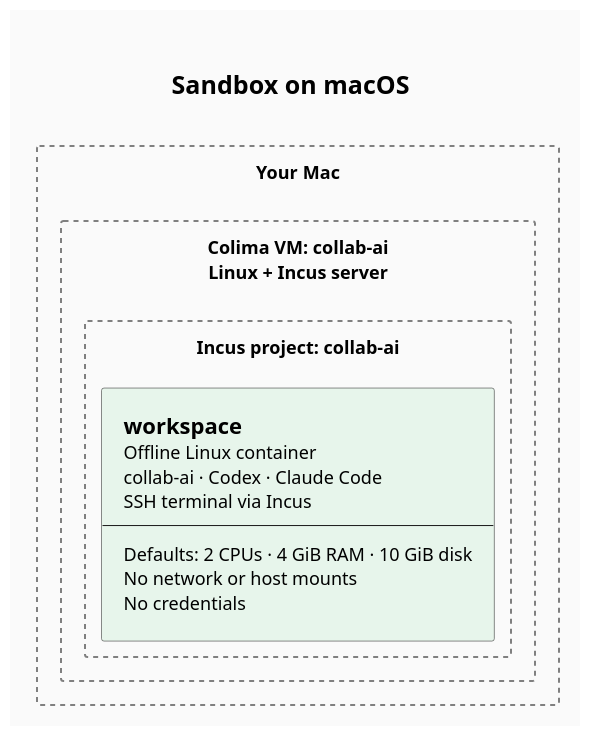
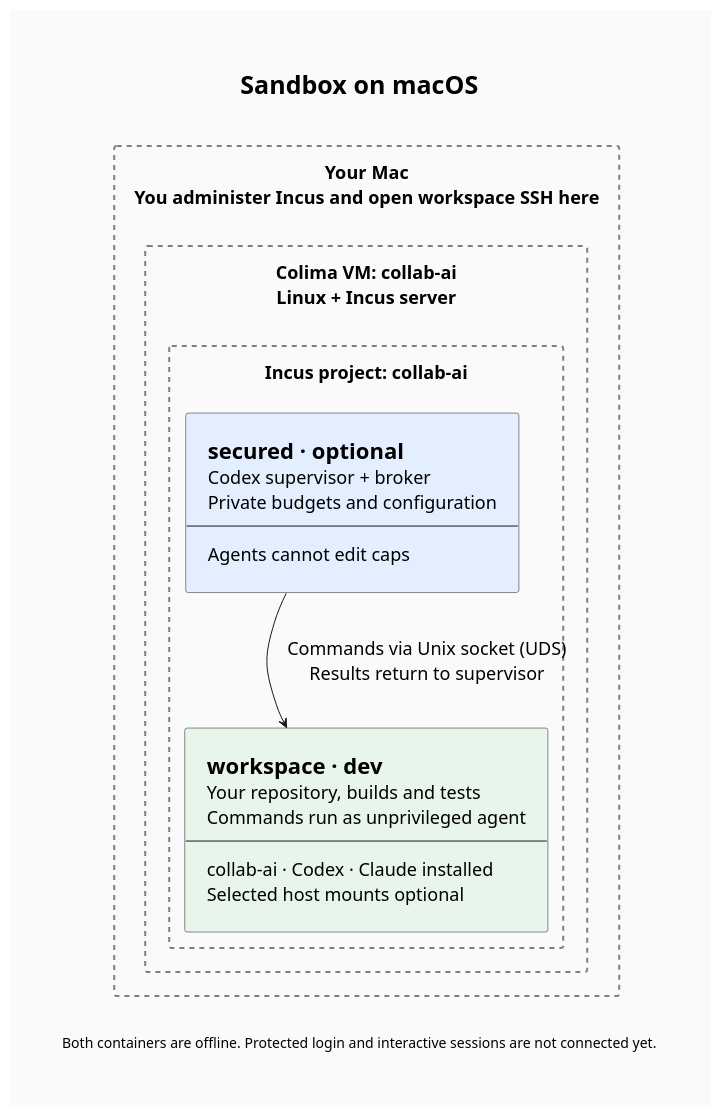
The diagram in docs/assets/sandbox-macos.puml (makarski/collab-ai), drawn with PlantUML before and after one commit. The commit also changed 9 other files, not shown here.

Commit message:
docs: draft shared broker architecture and persistent agent storage

```diff
--- a/docs/assets/sandbox-macos.puml
+++ b/docs/assets/sandbox-macos.puml
@@ -1,51 +1,62 @@
 @startuml sandbox-macos
 ' Render from the repository root:
 ' plantuml -tsvg -nometadata docs/assets/sandbox-macos.puml
 
 title Sandbox on macOS
 
 <style>
 title {
     FontSize 25
 }
 document {
     Margin 20
     BackgroundColor #fafafa
 }
 rectangle {
     LineStyle 5
     LineColor #grey
     LineThickness 2
 }
 .Workspace {
     BackgroundColor #e7f5eb
 }
+.Secured {
+    BackgroundColor #e3efff
+}
 </style>
 
 hide stereotype
 skinparam {
     backgroundColor #fafafa
     shadowing false
     componentStyle rectangle
     defaultFontSize 18
     padding 12
 }
 
-rectangle "Your Mac" as Mac {
+rectangle "Your Mac\nYou administer Incus and open workspace SSH here" as Mac {
     rectangle "Colima VM: collab-ai\nLinux + Incus server" as VM {
 rectangle "Incus project: collab-ai" as Project {
+    component Secured <<Secured>> [
+        =secured · optional
+        Codex supervisor + broker
+        Private budgets and configuration
+        --
+        Agents cannot edit caps
+    ]
     component Workspace <<Workspace>> [
-        =workspace
-        Offline Linux container
-        collab-ai · Codex · Claude Code
-        SSH terminal via Incus
+        =workspace · dev
+        Your repository, builds and tests
+        Commands run as unprivileged agent
         --
-        Defaults: 2 CPUs · 4 GiB RAM · 10 GiB disk
-        No network or host mounts
-        No credentials
+        collab-ai · Codex · Claude installed
+        Selected host mounts optional
     ]
 }
     }
+Secured -down-> Workspace : Commands via Unix socket (UDS)\nResults return to supervisor
 }
 
+caption Both containers are offline. Protected login and interactive sessions are not connected yet.
+
 @enduml
```
